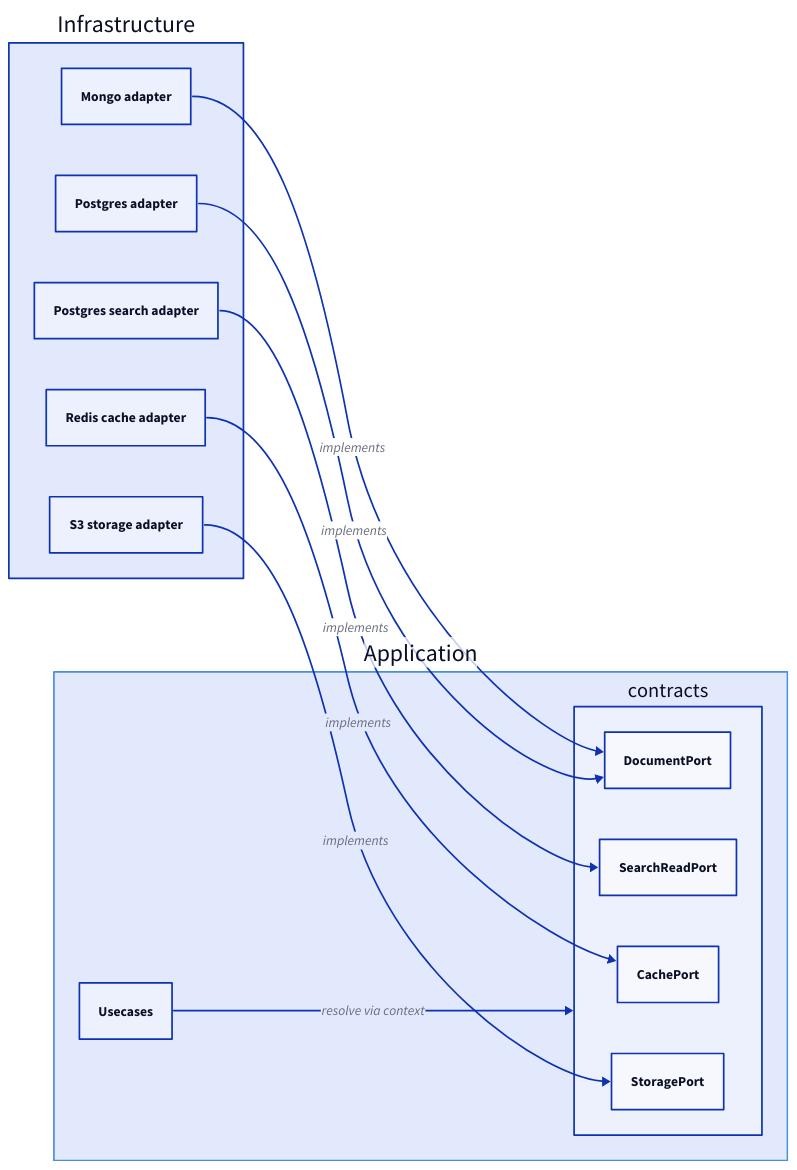
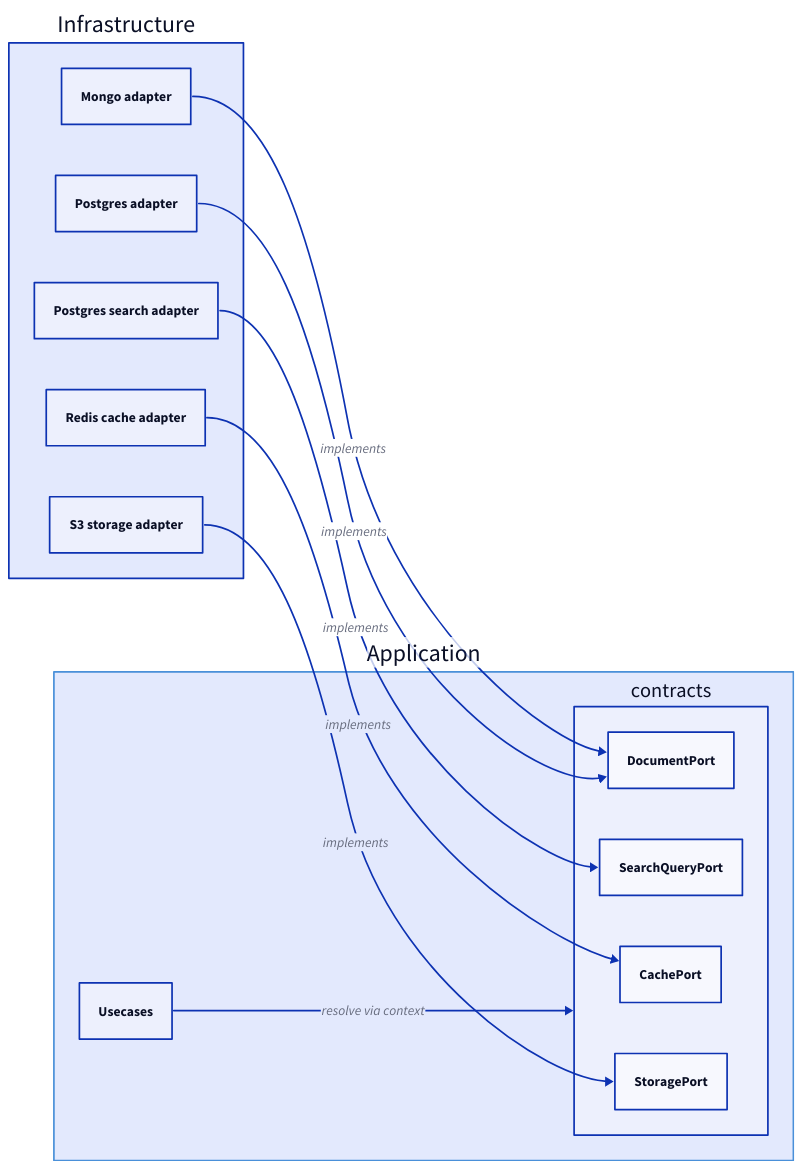
One commit to morzecrew/forze changed the diagram in pages/diagrams/contracts-adapters.d2. Above: the diagram before and after it, drawn with D2. The commit also changed 23 other files, not shown here.

```diff
--- a/pages/diagrams/contracts-adapters.d2
+++ b/pages/diagrams/contracts-adapters.d2
@@ -1,45 +1,45 @@
 style: {
     fill: transparent
 }
 
 vars: {
     d2-config: {
         pad: 50
     }
 }
 
 direction: right
 
 Application: {
     shape: rectangle
     style: {
         stroke: "#4a90d9"
     }
 
     usecases: Usecases
     contracts: {
         shape: rectangle
         doc: DocumentPort
-        search: SearchReadPort
+        search: SearchQueryPort
         cache: CachePort
         storage: StoragePort
     }
 }
 
 Infrastructure: {
     shape: rectangle
 
     postgres: Postgres adapter
     pg_search: Postgres search adapter
     redis_cache: Redis cache adapter
     s3: S3 storage adapter
     mongo: Mongo adapter
 }
 
 Application.usecases -> Application.contracts: resolve via context
 
 Infrastructure.postgres -> Application.contracts.doc: implements
 Infrastructure.pg_search -> Application.contracts.search: implements
 Infrastructure.redis_cache -> Application.contracts.cache: implements
 Infrastructure.s3 -> Application.contracts.storage: implements
 Infrastructure.mongo -> Application.contracts.doc: implements
```
